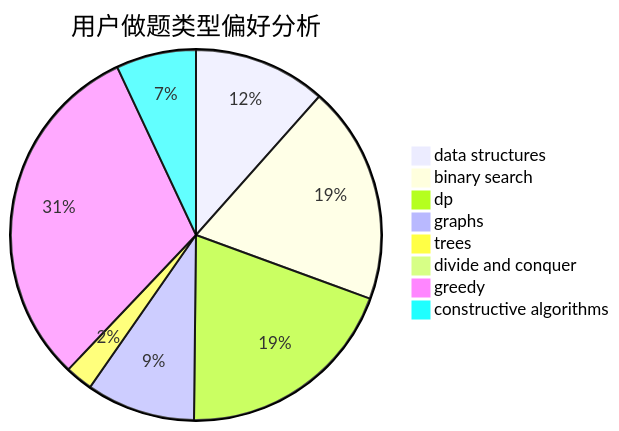
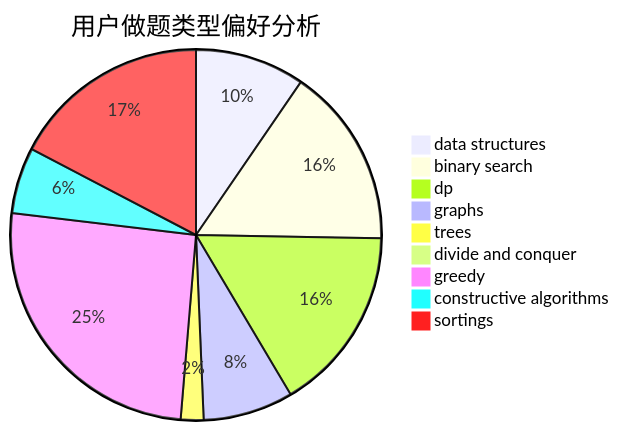
One commit to sherpahu/cfrs.github.io changed the second of 3 diagrams in docs/user/u2606.md. Above: the diagram before and after it, drawn with Mermaid. The commit also changed other lines of this file and 2769 other files, not shown here.

````diff
--- a/docs/user/u2606.md
+++ b/docs/user/u2606.md
@@ -23,11 +18,12 @@
 ```mermaid
 pie title 用户做题类型偏好分析
     "data structures" :  101
     "binary search" :  166
     "dp" :  171
     "graphs" :  83
     "trees" :  21
     "divide and conquer" :  4
     "greedy" :  270
     "constructive algorithms" :  61
+    "sortings" :  183
 ```
````
